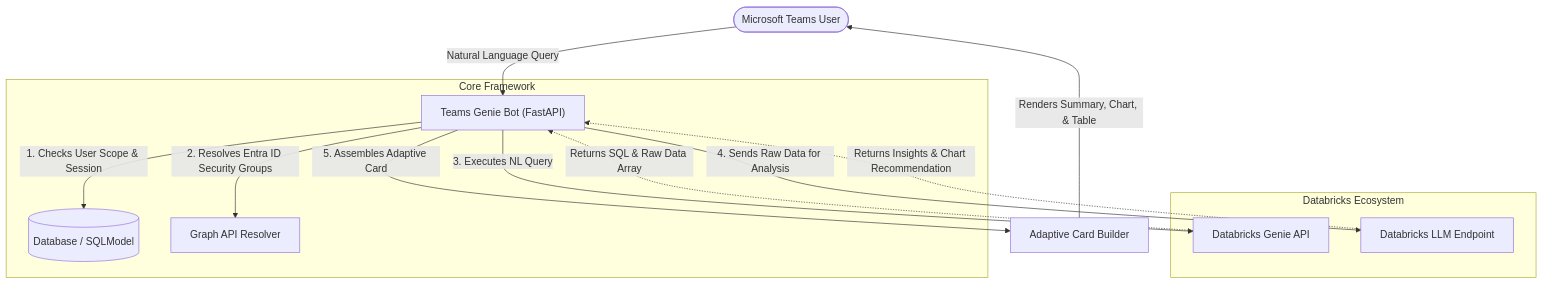
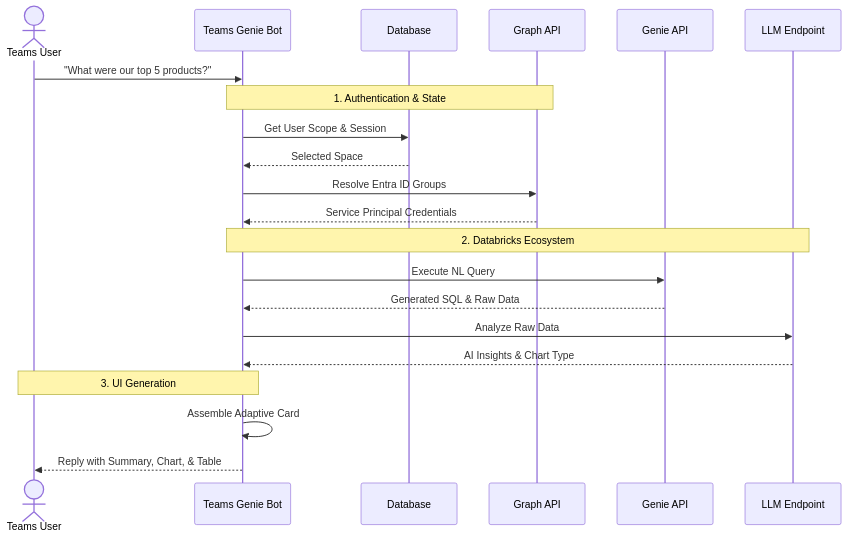
Before and after one commit to henry-richard7/dbrx-genie-teams-365: the diagram in README.md, drawn with Mermaid.

Commit message:
docs: replace architecture diagram with sequence diagram in README

````diff
--- a/README.md
+++ b/README.md
@@ -22,20 +22,27 @@
 ```mermaid
-graph TD
-    User(["Microsoft Teams User"]) -- "Natural Language Query" --> Bot["Teams Genie Bot (FastAPI)"]
+sequenceDiagram
+    actor User as Teams User
+    participant Bot as Teams Genie Bot
+    participant DB as Database
+    participant Auth as Graph API
+    participant Genie as Genie API
+    participant LLM as LLM Endpoint
+
+    User->>Bot: "What were our top 5 products?"
     
-    subgraph Core Framework
-        Bot -- "1. Checks User Scope & Session" --> DB[("Database / SQLModel")]
-        Bot -- "2. Resolves Entra ID Security Groups" --> Auth["Graph API Resolver"]
-    end
-
-    subgraph Databricks Ecosystem
-        Bot -- "3. Executes NL Query" --> Genie["Databricks Genie API"]
-        Genie -. "Returns SQL & Raw Data Array" .-> Bot
-        
-        Bot -- "4. Sends Raw Data for Analysis" --> LLM["Databricks LLM Endpoint"]
-        LLM -. "Returns Insights & Chart Recommendation" .-> Bot
-    end
-
-    Bot -- "5. Assembles Adaptive Card" --> AC["Adaptive Card Builder"]
-    AC -- "Renders Summary, Chart, & Table" --> User
+    Note over Bot, Auth: 1. Authentication & State
+    Bot->>DB: Get User Scope & Session
+    DB-->>Bot: Selected Space
+    Bot->>Auth: Resolve Entra ID Groups
+    Auth-->>Bot: Service Principal Credentials
+    
+    Note over Bot, LLM: 2. Databricks Ecosystem
+    Bot->>Genie: Execute NL Query
+    Genie-->>Bot: Generated SQL & Raw Data
+    Bot->>LLM: Analyze Raw Data
+    LLM-->>Bot: AI Insights & Chart Type
+    
+    Note over Bot, User: 3. UI Generation
+    Bot->>Bot: Assemble Adaptive Card
+    Bot-->>User: Reply with Summary, Chart, & Table
 ```
````
